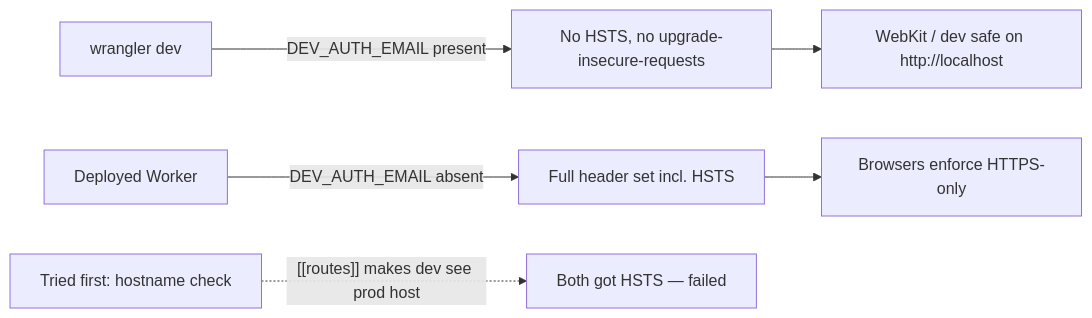
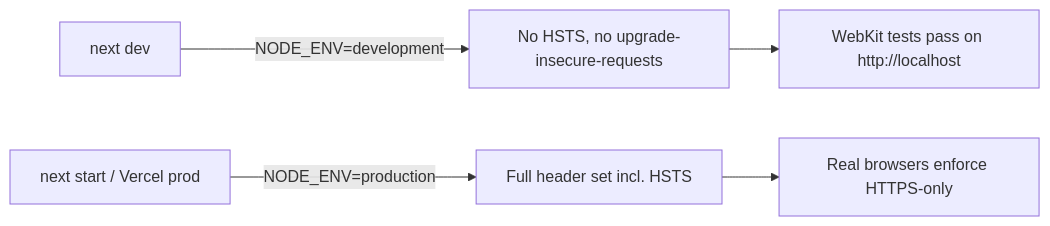
Before and after one commit to StudioSC-dev/studiosc-portfolio: the first of 2 diagrams in content/blog/portfolio-security-hardening.mdx, drawn with Mermaid. The commit also changed other lines of this file and 1 other file, not shown here.

````diff
--- a/content/blog/portfolio-security-hardening.mdx
+++ b/content/blog/portfolio-security-hardening.mdx
@@ -75,8 +45,7 @@
 ```mermaid
 flowchart LR
-    A[wrangler dev] -->|DEV_AUTH_EMAIL present| B[No HSTS, no upgrade-insecure-requests]
-    C[Deployed Worker] -->|DEV_AUTH_EMAIL absent| D[Full header set incl. HSTS]
-    E[Tried first: hostname check] -.->|"[[routes]] makes dev see prod host"| F[Both got HSTS — failed]
-    B --> G[WebKit / dev safe on http://localhost]
-    D --> H[Browsers enforce HTTPS-only]
+    A[next dev] -->|NODE_ENV=development| B[No HSTS, no upgrade-insecure-requests]
+    C[next start / Vercel prod] -->|NODE_ENV=production| D[Full header set incl. HSTS]
+    B --> E[WebKit tests pass on http://localhost]
+    D --> F[Real browsers enforce HTTPS-only]
 ```
````
